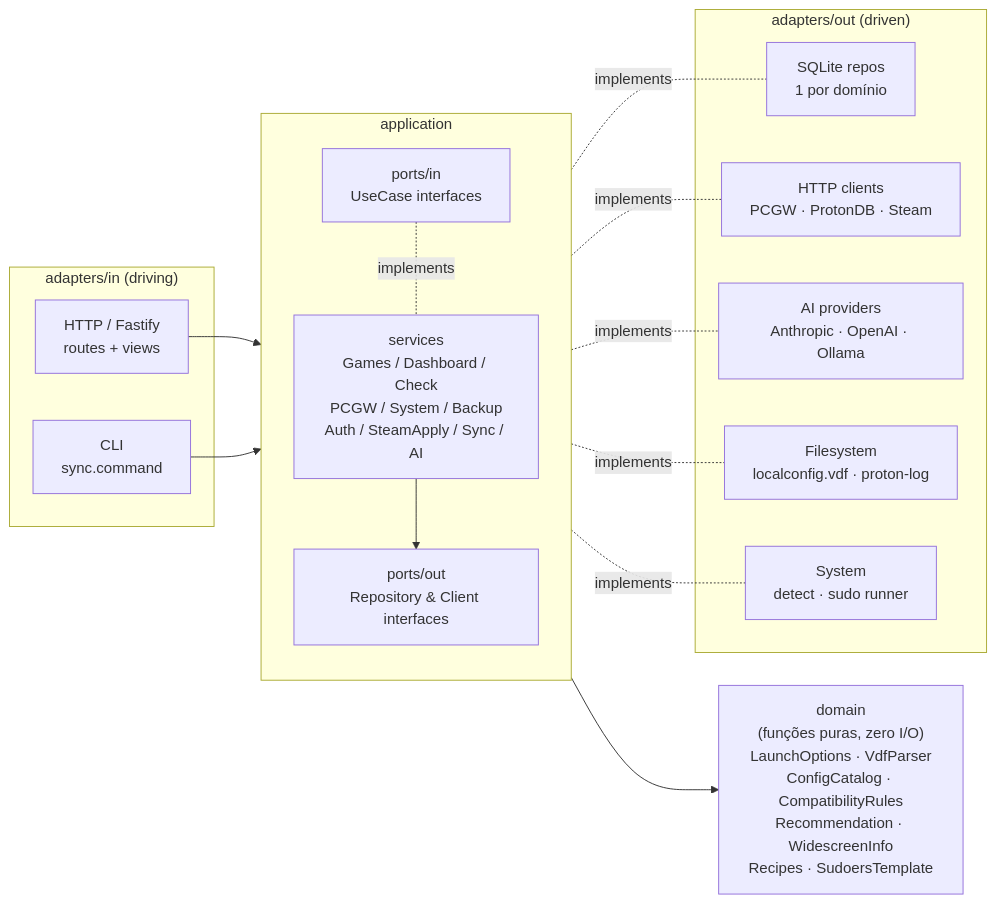
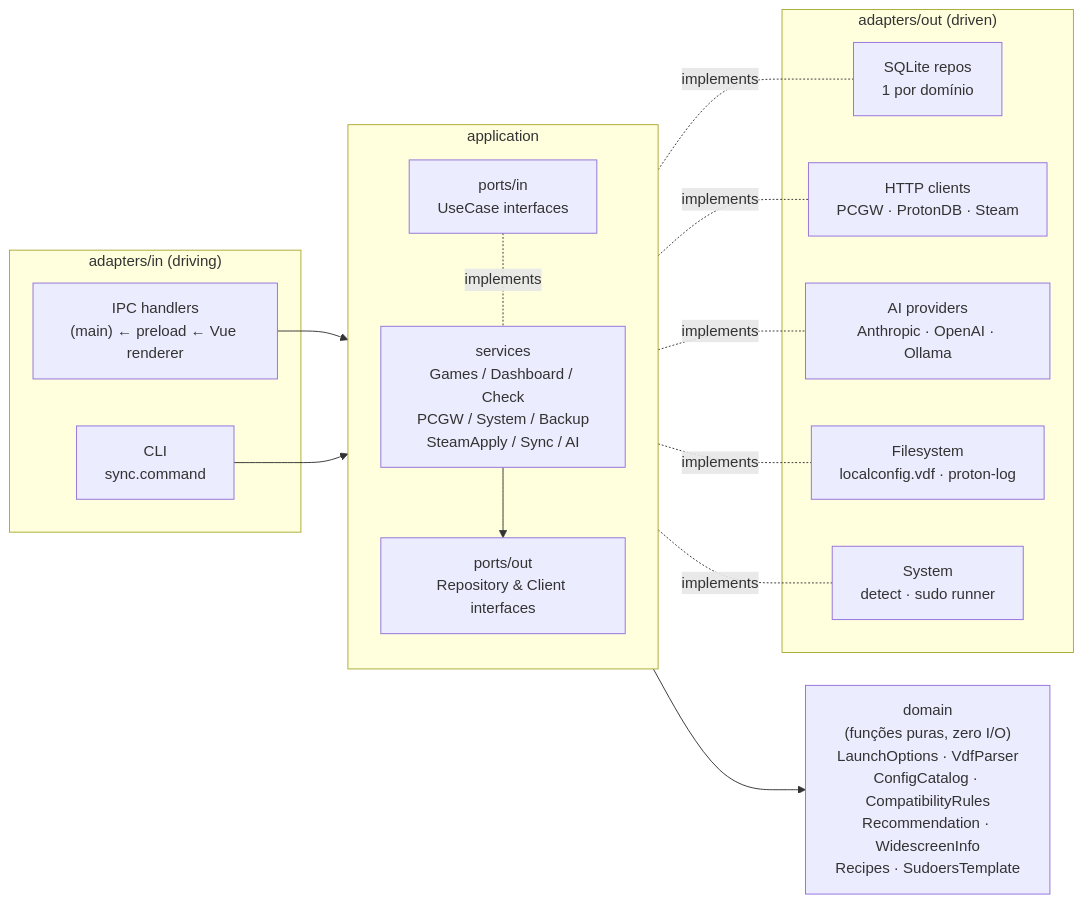
Before and after one commit to rmarquespaixao-eng/protondeck: the first of 3 diagrams in README.md, drawn with Mermaid. The commit also changed other lines of this file and 160 other files, not shown here.

First line of the commit message:
feat(electron): migra de Fastify+EJS embarcado para Electron IPC + Vue 3

````diff
--- a/README.md
+++ b/README.md
@@ -58,35 +54,35 @@
 ```mermaid
 flowchart LR
     subgraph in["adapters/in (driving)"]
-        HTTP["HTTP / Fastify<br/>routes + views"]
+        IPC["IPC handlers<br/>(main) ← preload ← Vue renderer"]
         CLI["CLI<br/>sync.command"]
     end
 
     subgraph app["application"]
         direction TB
         PIN["ports/in<br/>UseCase interfaces"]
-        SVC["services<br/>Games / Dashboard / Check<br/>PCGW / System / Backup<br/>Auth / SteamApply / Sync / AI"]
+        SVC["services<br/>Games / Dashboard / Check<br/>PCGW / System / Backup<br/>SteamApply / Sync / AI"]
         POUT["ports/out<br/>Repository &amp; Client interfaces"]
         PIN -. implements .- SVC
         SVC --> POUT
     end
 
     DOM["domain<br/>(funções puras, zero I/O)<br/>LaunchOptions · VdfParser<br/>ConfigCatalog · CompatibilityRules<br/>Recommendation · WidescreenInfo<br/>Recipes · SudoersTemplate"]
 
     subgraph out["adapters/out (driven)"]
         SQLITE["SQLite repos<br/>1 por domínio"]
         HTTPC["HTTP clients<br/>PCGW · ProtonDB · Steam"]
         AI["AI providers<br/>Anthropic · OpenAI · Ollama"]
         FS["Filesystem<br/>localconfig.vdf · proton-log"]
         SYS["System<br/>detect · sudo runner"]
     end
 
-    HTTP --> PIN
+    IPC --> PIN
     CLI --> PIN
     SVC --> DOM
     POUT -. implements .- SQLITE
     POUT -. implements .- HTTPC
     POUT -. implements .- AI
     POUT -. implements .- FS
     POUT -. implements .- SYS
 ```
````
